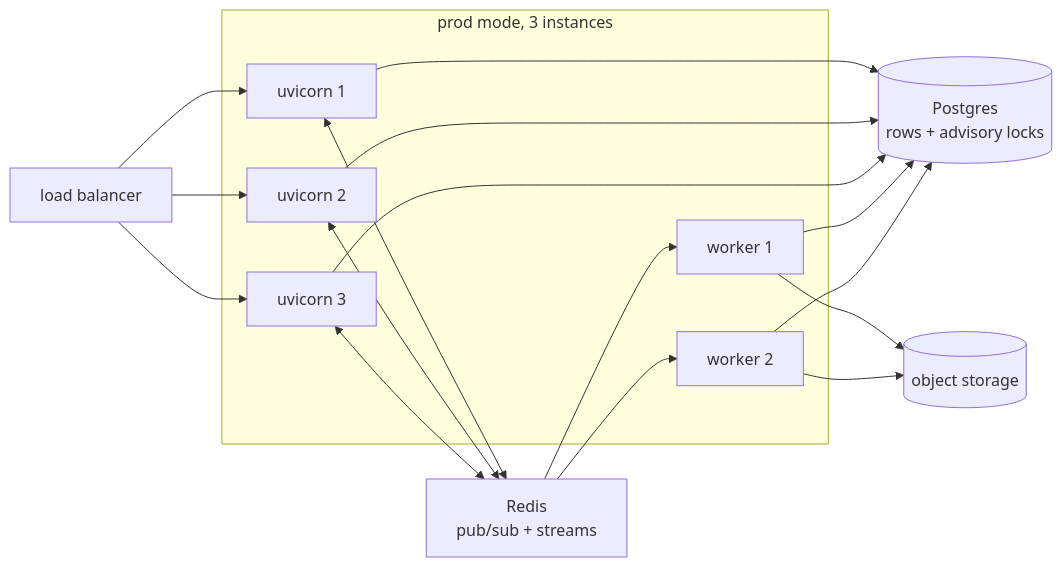
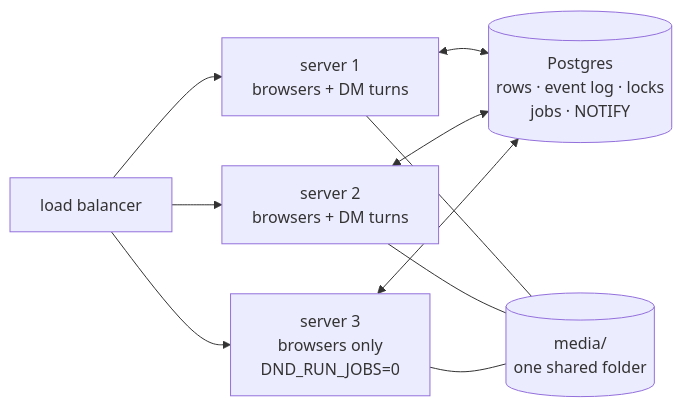
Before and after one commit to theam-ops/ai-dungeon-master: the fifth of 5 diagrams in ARCHITECTURE.md, drawn with Mermaid. The commit also changed other lines of this file and 26 other files, not shown here.

First line of the commit message:
Run on several servers at once, sharing one Postgres

````diff
--- a/ARCHITECTURE.md
+++ b/ARCHITECTURE.md
@@ -374,13 +391,6 @@
 ```mermaid
 graph LR
-    subgraph prod["prod mode, 3 instances"]
-        I1["uvicorn 1"] & I2["uvicorn 2"] & I3["uvicorn 3"]
-        W1["worker 1"] & W2["worker 2"]
-    end
-    LB["load balancer"] --> I1 & I2 & I3
-    I1 & I2 & I3 <--> RD["Redis<br/>pub/sub + streams"]
-    I1 & I2 & I3 --> PG[("Postgres<br/>rows + advisory locks")]
-    RD --> W1 & W2
-    W1 & W2 --> PG
-    W1 & W2 --> S3[("object storage")]
+    LB["load balancer"] --> W1["server 1<br/>browsers + DM turns"] & W2["server 2<br/>browsers + DM turns"] & W3["server 3<br/>browsers only<br/>DND_RUN_JOBS=0"]
+    W1 & W2 & W3 <--> PG[("Postgres<br/>rows · event log · locks<br/>jobs · NOTIFY")]
+    W1 & W2 & W3 --- M[("media/<br/>one shared folder")]
 ```
````
